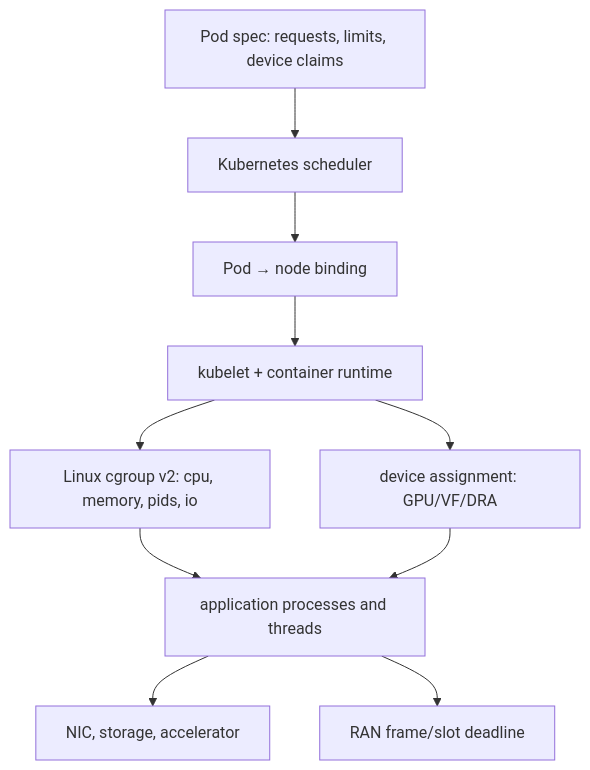
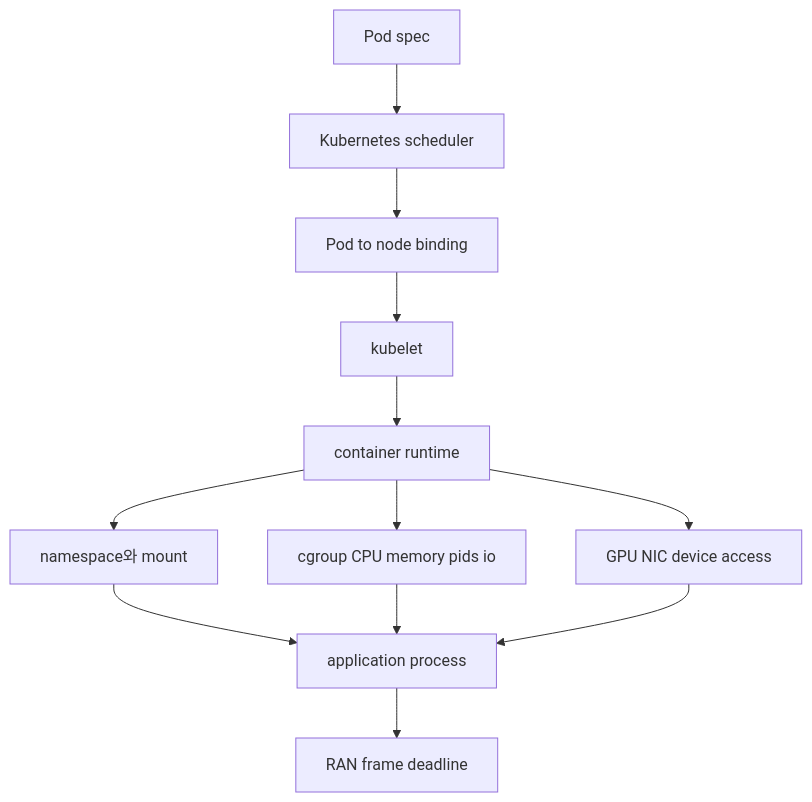
The first of 2 diagrams in learning/ubuntu-linux-internals/13-containers-kubernetes-gpu-and-ran.md (mj006648/netai-devsecops-runbook), drawn with Mermaid before and after one commit. The commit also changed other lines of this file and 68 other files, not shown here.

````diff
--- a/learning/ubuntu-linux-internals/13-containers-kubernetes-gpu-and-ran.md
+++ b/learning/ubuntu-linux-internals/13-containers-kubernetes-gpu-and-ran.md
@@ -13,12 +19,14 @@
-```mermaid
+~~~mermaid
 flowchart TD
-    Y["Pod spec: requests, limits, device claims"] --> S["Kubernetes scheduler"]
-    S --> B["Pod → node binding"]
-    B --> K["kubelet + container runtime"]
-    K --> C["Linux cgroup v2: cpu, memory, pids, io"]
-    K --> D["device assignment: GPU/VF/DRA"]
-    C --> P["application processes and threads"]
-    D --> P
-    P --> N["NIC, storage, accelerator"]
-    P --> R["RAN frame/slot deadline"]
-```
+ P[Pod spec] --> S[Kubernetes scheduler]
+ S --> B[Pod to node binding]
+ B --> K[kubelet]
+ K --> R[container runtime]
+ R --> N[namespace와 mount]
+ R --> C[cgroup CPU memory pids io]
+ R --> D[GPU NIC device access]
+ N --> A[application process]
+ C --> A
+ D --> A
+ A --> X[RAN frame deadline]
+~~~
````
